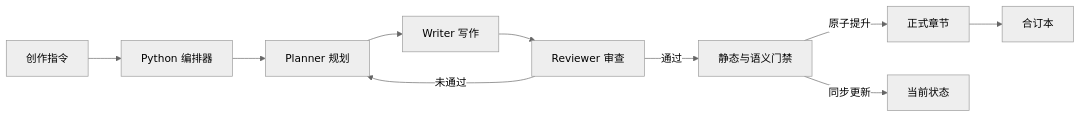
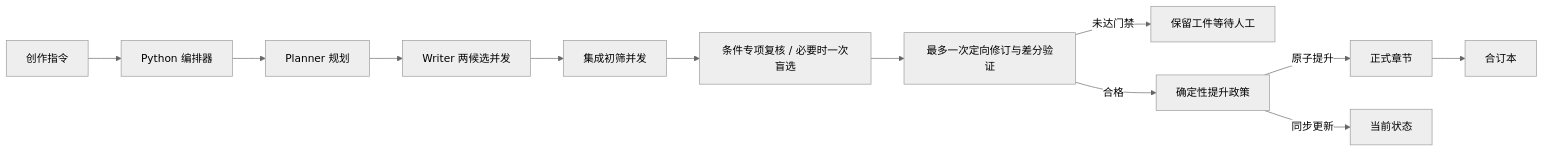
The diagram in README.md (cyanrbt/novel-prequel), drawn with Mermaid (neutral theme) before and after one commit. The commit also changed other lines of this file and 54 other files, not shown here.

````diff
--- a/README.md
+++ b/README.md
@@ -26,12 +26,14 @@
 ```mermaid
 flowchart LR
     U[创作指令] --> O[Python 编排器]
     O --> P[Planner 规划]
-    P --> W[Writer 写作]
-    W --> R[Reviewer 审查]
-    R -->|未通过| P
-    R -->|通过| G[静态与语义门禁]
+    P --> W[Writer 两候选并发]
+    W --> R[集成初筛并发]
+    R --> B[条件专项复核 / 必要时一次盲选]
+    B --> V[最多一次定向修订与差分验证]
+    V -->|未达门禁| H[保留工件等待人工]
+    V -->|合格| G[确定性提升政策]
     G -->|原子提升| C[正式章节]
     G -->|同步更新| S[当前状态]
     C --> M[合订本]
 ```
````
